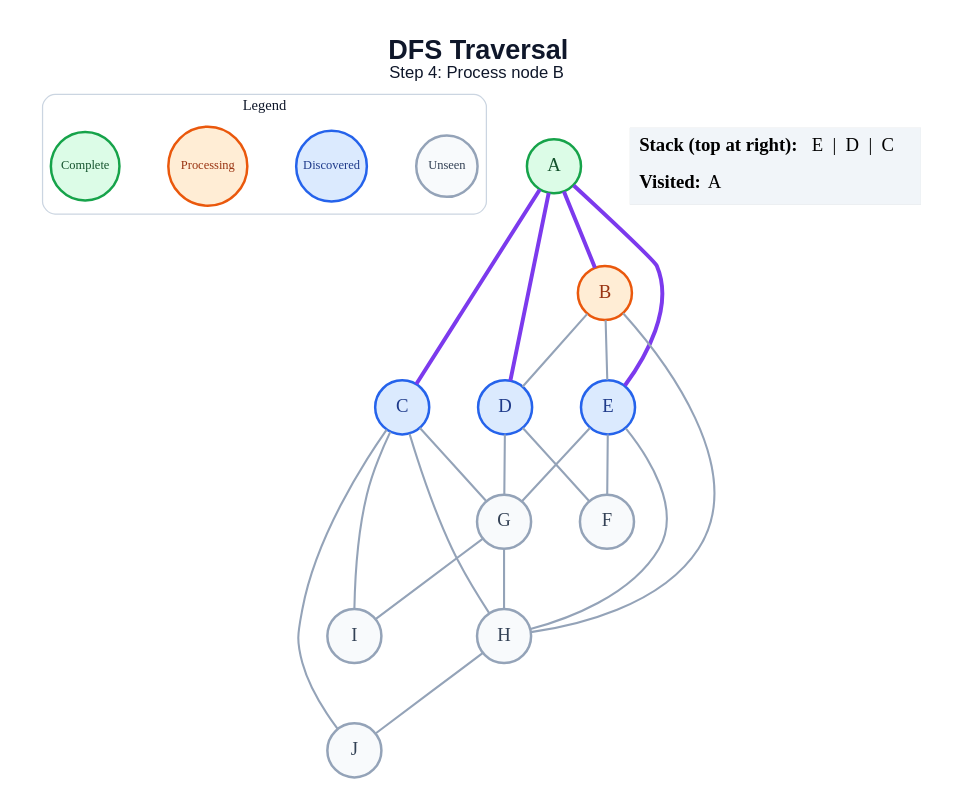
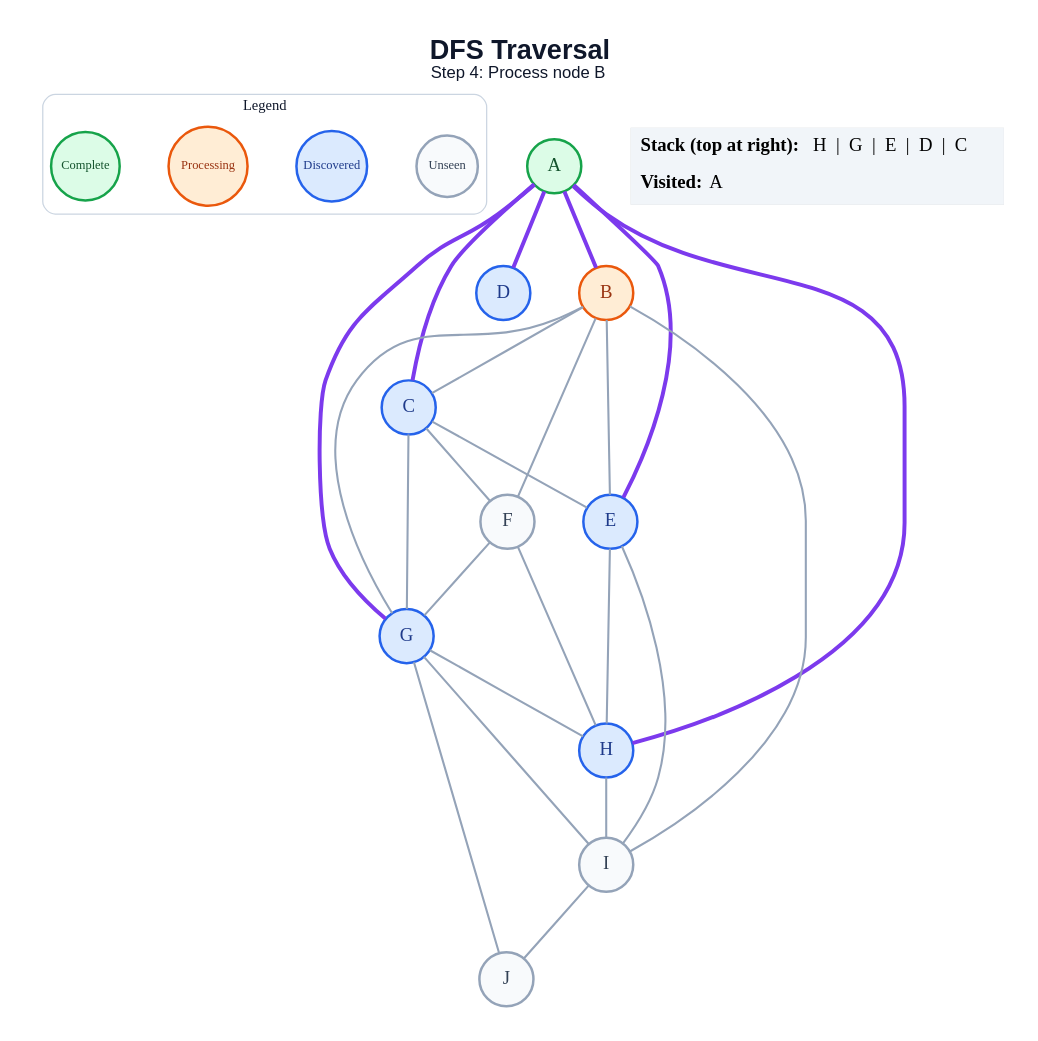
The diagram in generated/dfs/step_04.dot (amanghodawala9/ai-slop), drawn with Graphviz before and after one commit. The commit also changed 178 other files, not shown here.

```diff
--- a/generated/dfs/step_04.dot
+++ b/generated/dfs/step_04.dot
@@ -1,48 +1,52 @@
 graph traversal {
   graph [layout=dot, rankdir=TB, bgcolor="#FFFFFF", pad="0.35", nodesep="0.65", ranksep="0.8", fontname="Arial"];
   node [shape=circle, style="filled", fontname="Arial Bold", fontsize=18, width=0.72, fixedsize=true, penwidth=2.4];
   edge [color="#94A3B8", penwidth=2.0];
   label=<<B>DFS Traversal</B><BR/><FONT POINT-SIZE="16">Step 4: Process node B</FONT>>; labelloc="t"; fontsize=26; fontname="Arial"; fontcolor="#0F172A";
   subgraph cluster_legend { label="Legend"; color="#CBD5E1"; penwidth=1.2; style="rounded"; fontsize=14; fontname="Arial Bold";
     key_unseen [label="Unseen", fillcolor="#F8FAFC", color="#94A3B8", fontcolor="#334155", fontsize=12, width=0.82];
     key_frontier [label="Discovered", fillcolor="#DBEAFE", color="#2563EB", fontcolor="#1E3A8A", fontsize=12, width=0.95];
     key_current [label="Processing", fillcolor="#FFEDD5", color="#EA580C", fontcolor="#9A3412", fontsize=12, width=1.05];
     key_done [label="Complete", fillcolor="#DCFCE7", color="#16A34A", fontcolor="#14532D", fontsize=12, width=0.92];
     { rank=same; key_unseen; key_frontier; key_current; key_done; }
   }
   A [fillcolor="#DCFCE7", color="#16A34A", fontcolor="#14532D"];
   B [fillcolor="#FFEDD5", color="#EA580C", fontcolor="#9A3412"];
   C [fillcolor="#DBEAFE", color="#2563EB", fontcolor="#1E3A8A"];
   D [fillcolor="#DBEAFE", color="#2563EB", fontcolor="#1E3A8A"];
   E [fillcolor="#DBEAFE", color="#2563EB", fontcolor="#1E3A8A"];
   F [fillcolor="#F8FAFC", color="#94A3B8", fontcolor="#334155"];
-  G [fillcolor="#F8FAFC", color="#94A3B8", fontcolor="#334155"];
-  H [fillcolor="#F8FAFC", color="#94A3B8", fontcolor="#334155"];
+  G [fillcolor="#DBEAFE", color="#2563EB", fontcolor="#1E3A8A"];
+  H [fillcolor="#DBEAFE", color="#2563EB", fontcolor="#1E3A8A"];
   I [fillcolor="#F8FAFC", color="#94A3B8", fontcolor="#334155"];
   J [fillcolor="#F8FAFC", color="#94A3B8", fontcolor="#334155"];
   A -- B [color="#7C3AED", penwidth=3.8];
   A -- C [color="#7C3AED", penwidth=3.8];
   A -- D [color="#7C3AED", penwidth=3.8];
   A -- E [color="#7C3AED", penwidth=3.8];
-  B -- D;
+  A -- G [color="#7C3AED", penwidth=3.8];
+  A -- H [color="#7C3AED", penwidth=3.8];
+  B -- C;
   B -- E;
-  B -- H;
+  B -- F;
+  B -- G;
+  B -- I;
+  C -- E;
+  C -- F;
   C -- G;
-  C -- H;
-  C -- I;
-  C -- J;
-  D -- F;
-  D -- G;
-  E -- F;
-  E -- G;
   E -- H;
+  E -- I;
+  F -- G;
+  F -- H;
   G -- H;
   G -- I;
-  H -- J;
+  G -- J;
+  H -- I;
+  I -- J;
   status [shape=plain, fixedsize=false, width=0, height=0, margin=0, label=<
     <TABLE BORDER="0" CELLBORDER="0" CELLPADDING="7" BGCOLOR="#F1F5F9">
-      <TR><TD ALIGN="LEFT"><B>Stack (top at right):</B> E  |  D  |  C</TD></TR>
+      <TR><TD ALIGN="LEFT"><B>Stack (top at right):</B> H  |  G  |  E  |  D  |  C</TD></TR>
       <TR><TD ALIGN="LEFT"><B>Visited:</B> A</TD></TR>
     </TABLE>
   >];
 }
```
